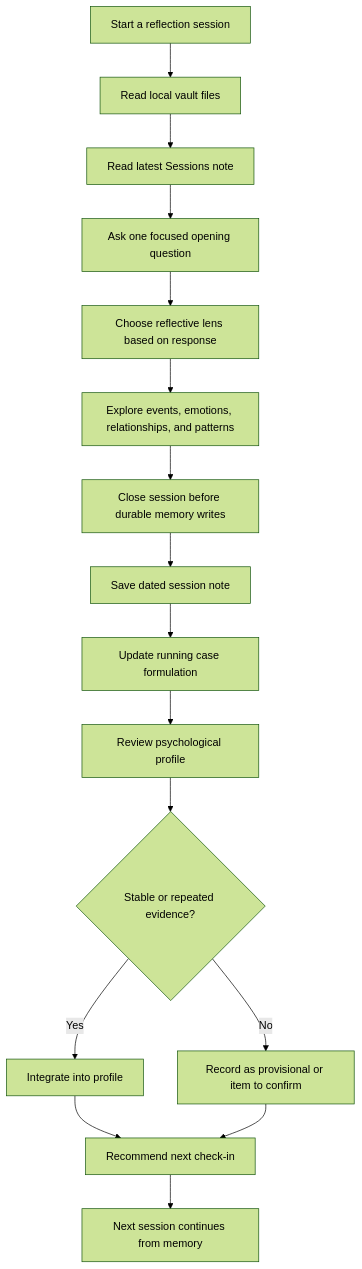
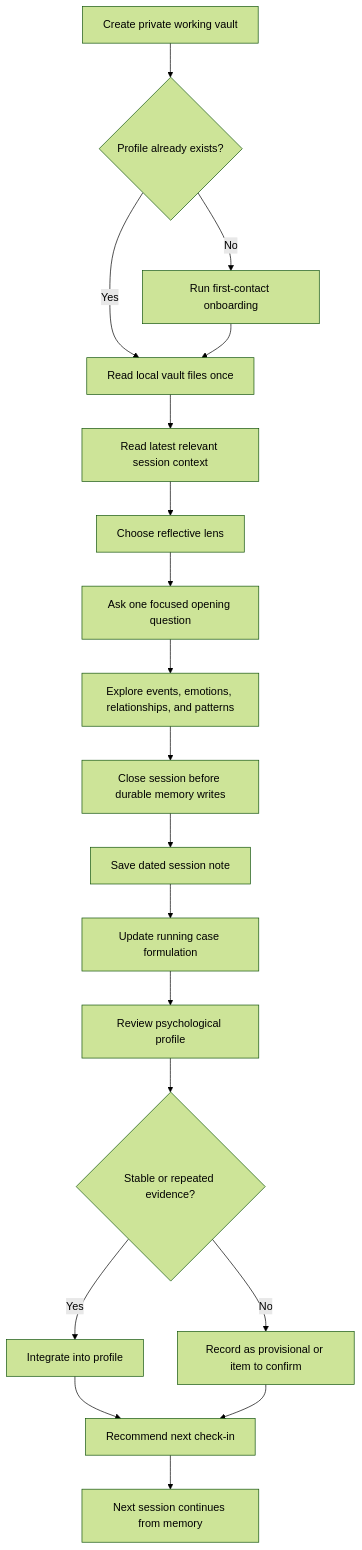
The first of 4 diagrams in README.md (126mingxuan/psychology-reflection-vault), drawn with Mermaid (forest theme) before and after one commit. The commit also changed other lines of this file and 20 other files, not shown here.

````diff
--- a/README.md
+++ b/README.md
@@ -156,18 +167,21 @@
 ```mermaid
 flowchart TD
-    A["Start a reflection session"] --> B["Read local vault files"]
-    B --> C["Read latest Sessions note"]
-    C --> D["Ask one focused opening question"]
-    D --> E["Choose reflective lens based on response"]
-    E --> F["Explore events, emotions, relationships, and patterns"]
-    F --> G["Close session before durable memory writes"]
-    G --> H["Save dated session note"]
-    H --> I["Update running case formulation"]
-    I --> J["Review psychological profile"]
-    J --> K{"Stable or repeated evidence?"}
-    K -- Yes --> L["Integrate into profile"]
-    K -- No --> M["Record as provisional or item to confirm"]
-    L --> N["Recommend next check-in"]
-    M --> N
-    N --> O["Next session continues from memory"]
+    A["Create private working vault"] --> B{"Profile already exists?"}
+    B -- No --> C["Run first-contact onboarding"]
+    B -- Yes --> D["Read local vault files once"]
+    C --> D
+    D --> E["Read latest relevant session context"]
+    E --> F["Choose reflective lens"]
+    F --> G["Ask one focused opening question"]
+    G --> H["Explore events, emotions, relationships, and patterns"]
+    H --> I["Close session before durable memory writes"]
+    I --> J["Save dated session note"]
+    J --> K["Update running case formulation"]
+    K --> L["Review psychological profile"]
+    L --> M{"Stable or repeated evidence?"}
+    M -- Yes --> N["Integrate into profile"]
+    M -- No --> O["Record as provisional or item to confirm"]
+    N --> P["Recommend next check-in"]
+    O --> P
+    P --> Q["Next session continues from memory"]
 ```
````
